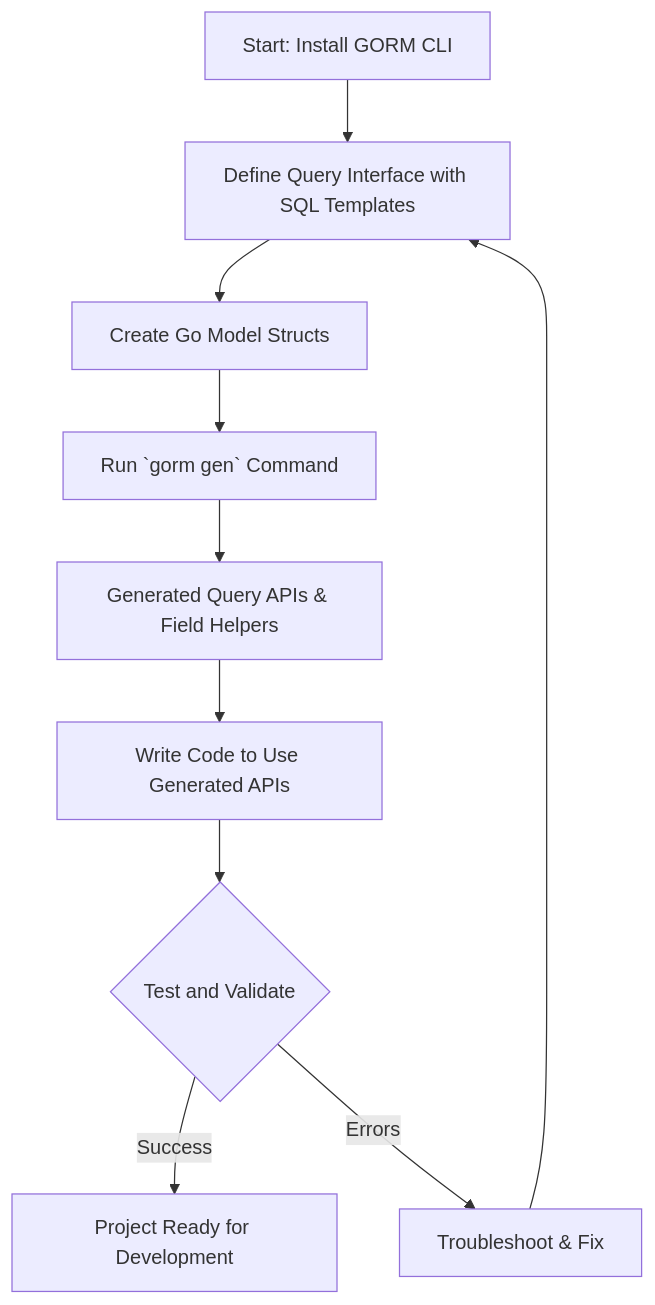
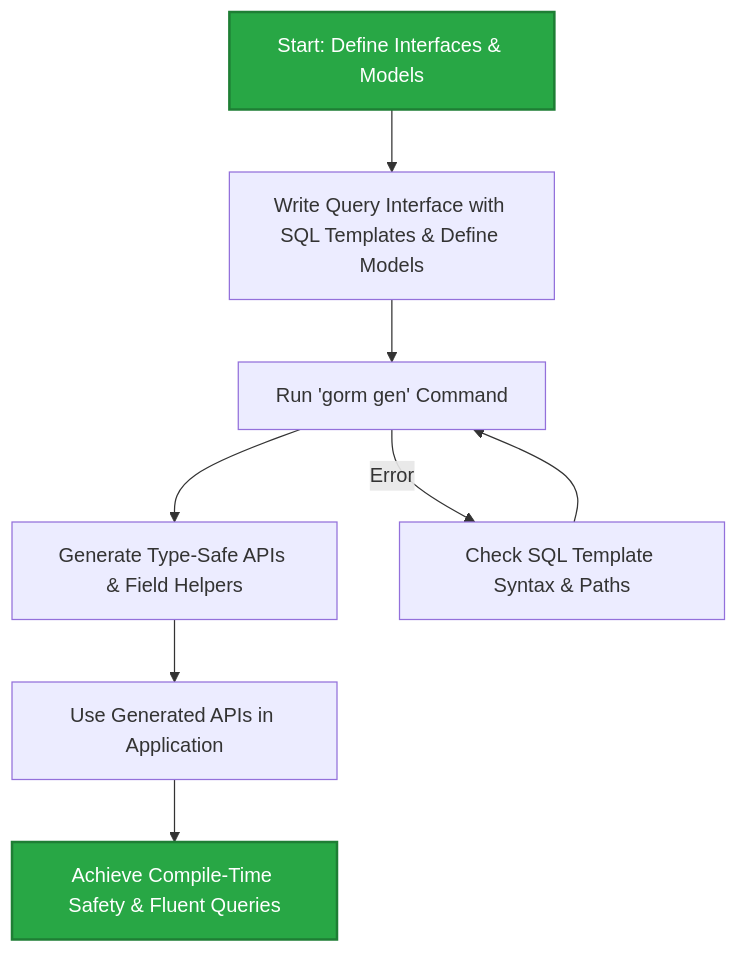
Before and after one commit to clidey/docucod-public-project-3a0e48a9-6b86-4d21-a930-072fe9723c66: the diagram in guides/core-workflows/getting-started.mdx, drawn with Mermaid. The commit also changed other lines of this file and 23 other files, not shown here.

````diff
--- a/guides/core-workflows/getting-started.mdx
+++ b/guides/core-workflows/getting-started.mdx
@@ -261,12 +254,15 @@
 ```mermaid
 flowchart TD
-  A[Start: Install GORM CLI] --> B[Define Query Interface with SQL Templates]
-  B --> C[Create Go Model Structs]
-  C --> D[Run `gorm gen` Command]
-  D --> E[Generated Query APIs & Field Helpers]
-  E --> F[Write Code to Use Generated APIs]
-  F --> G{Test and Validate}
-  G -->|Success| H[Project Ready for Development]
-  G -->|Errors| I[Troubleshoot & Fix]
-  I --> B
+  Start["Start: Define Interfaces & Models"] --> WriteCode["Write Query Interface with SQL Templates & Define Models"]
+  WriteCode --> RunGen["Run 'gorm gen' Command"]
+  RunGen --> GenerateCode["Generate Type-Safe APIs & Field Helpers"]
+  GenerateCode --> UseAPIs["Use Generated APIs in Application"]
+  UseAPIs --> Success["Achieve Compile-Time Safety & Fluent Queries"]
+
+  %% Error Handling Branch
+  RunGen -- Error --> Troubleshoot["Check SQL Template Syntax & Paths"]
+  Troubleshoot --> RunGen
+
+  classDef startend fill:#28a745,stroke:#1e7e34,stroke-width:2px,color:white;
+  class Start,Success startend;
 ```
````
